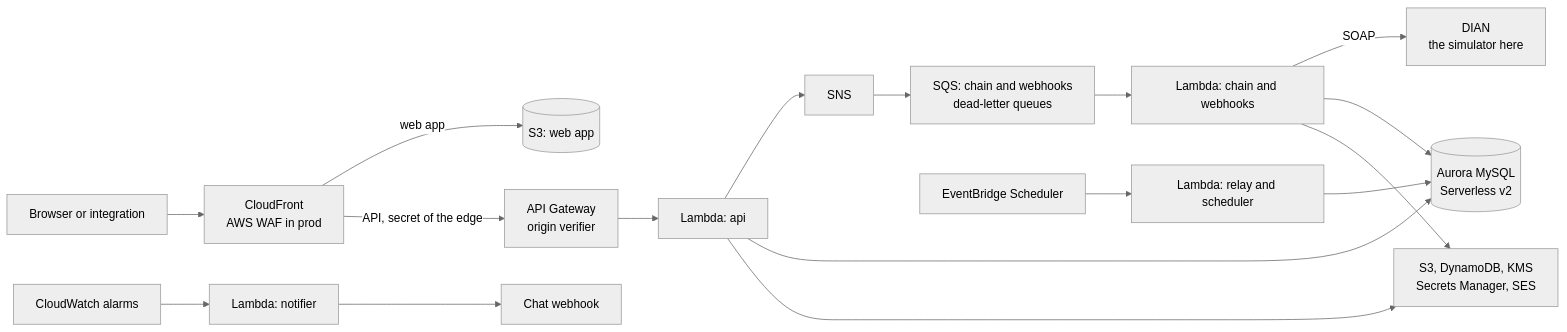
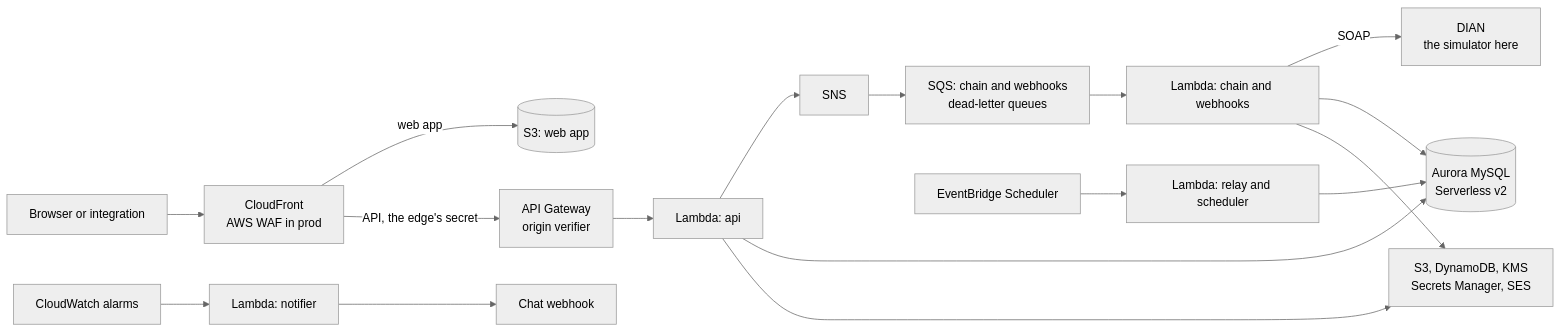
The third of 3 diagrams in README.md (iamcesarcuellar/dian-einvoice), drawn with Mermaid (neutral theme) before and after one commit. The commit also changed other lines of this file and 27 other files, not shown here.

````diff
--- a/README.md
+++ b/README.md
@@ -172,14 +193,14 @@
 ```mermaid
 flowchart LR
   client["Browser or integration"] --> edge["CloudFront<br/>AWS WAF in prod"]
   edge -->|"web app"| panel[("S3: web app")]
-  edge -->|"API, secret of the edge"| gateway["API Gateway<br/>origin verifier"]
+  edge -->|"API, the edge's secret"| gateway["API Gateway<br/>origin verifier"]
   gateway --> apiFn["Lambda: api"]
   apiFn --> topic["SNS"] --> queues["SQS: chain and webhooks<br/>dead-letter queues"]
   queues --> workersFn["Lambda: chain and webhooks"]
   workersFn -->|"SOAP"| dian["DIAN<br/>the simulator here"]
   schedules["EventBridge Scheduler"] --> relayFn["Lambda: relay and scheduler"]
   apiFn & workersFn & relayFn --> aurora[("Aurora MySQL<br/>Serverless v2")]
   apiFn & workersFn --> stores["S3, DynamoDB, KMS<br/>Secrets Manager, SES"]
   alarms["CloudWatch alarms"] --> notifier["Lambda: notifier"] --> chat["Chat webhook"]
 ```
````
